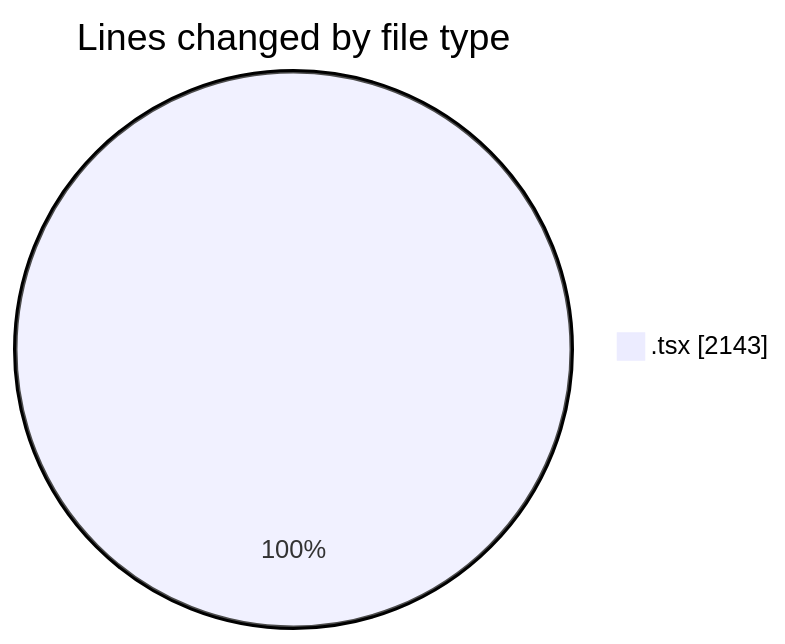
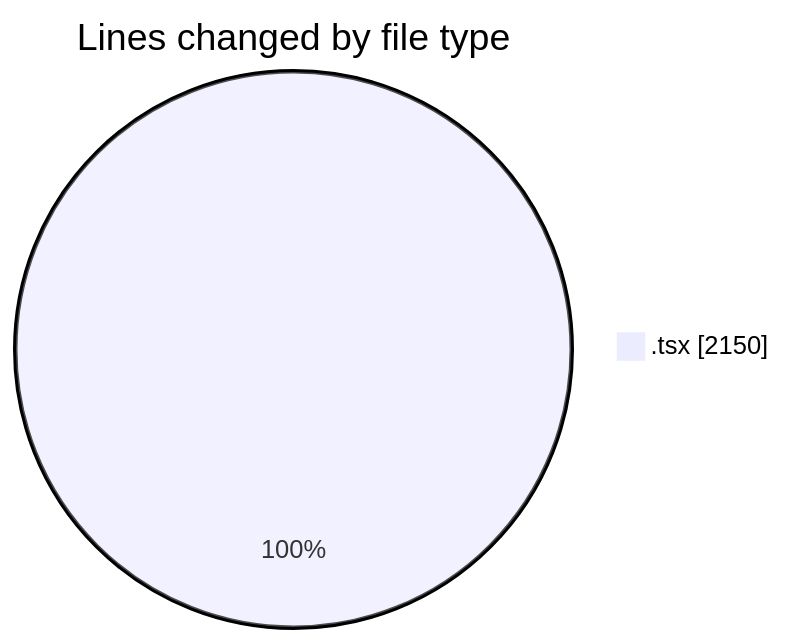
Before and after one commit to nxtqubesakshisongat/code-tracking: the first of 2 diagrams in 2026-04-09/airfeed-analytics-dashboard/README.md, drawn with Mermaid. The commit also changed other lines of this file and 1 other file, not shown here.

````diff
--- a/2026-04-09/airfeed-analytics-dashboard/README.md
+++ b/2026-04-09/airfeed-analytics-dashboard/README.md
@@ -26,5 +26,5 @@
 ```mermaid
 pie showData
 title Lines changed by file type
-".tsx" : 2143
+".tsx" : 2150
 ```
````
